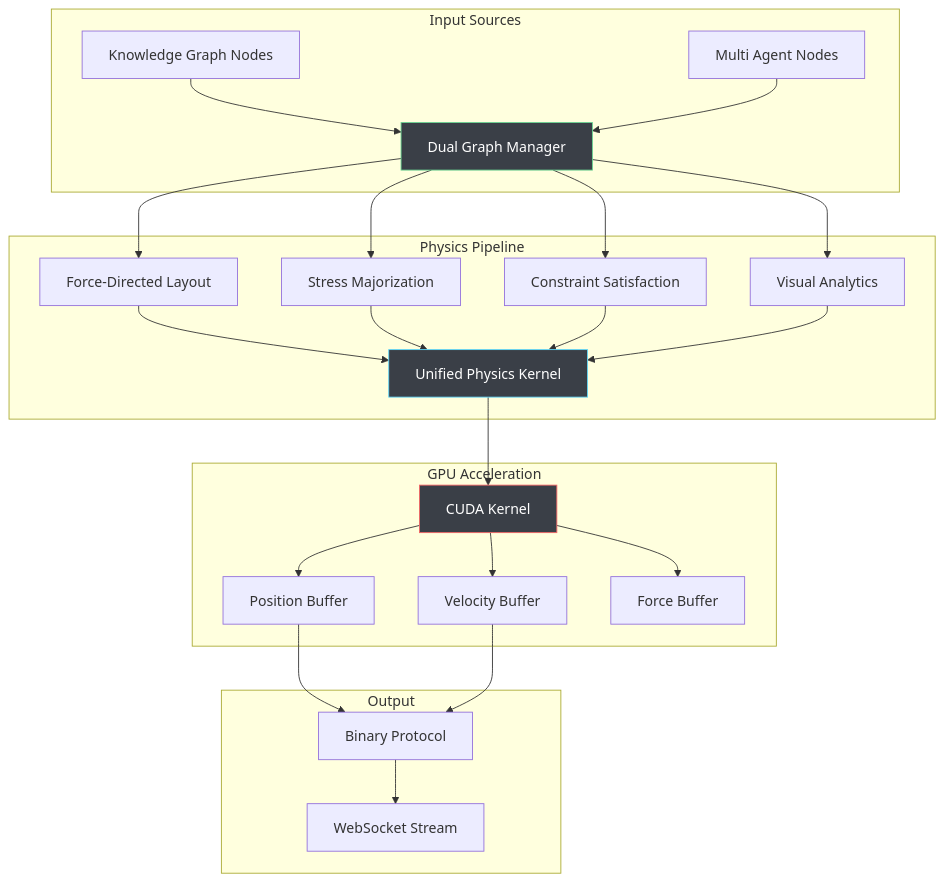
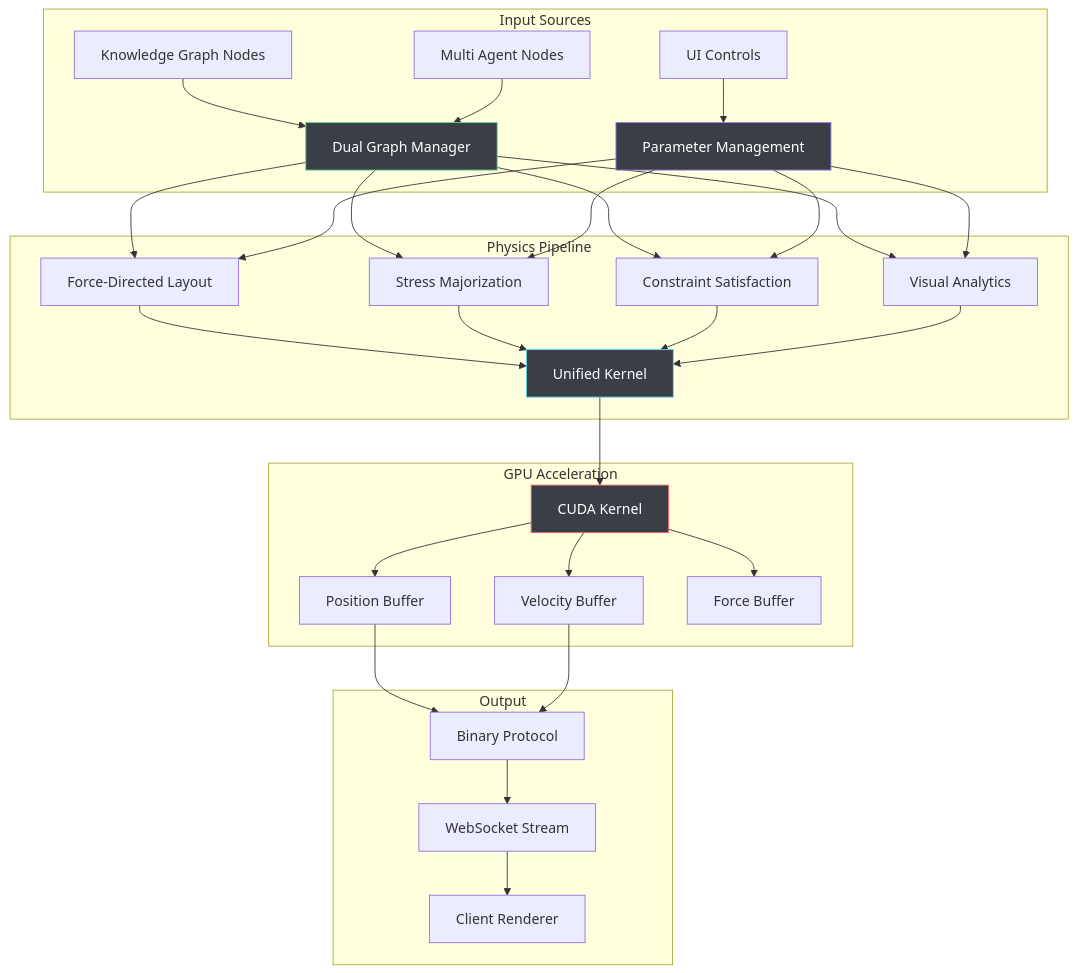
Before and after one commit to DreamLab-AI/VisionFlow: the first of 2 diagrams in docs/server/physics-engine.md, drawn with Mermaid. The commit also changed other lines of this file and 30 other files, not shown here.

````diff
--- a/docs/server/physics-engine.md
+++ b/docs/server/physics-engine.md
@@ -17,36 +29,43 @@
 ```mermaid
 graph TB
     subgraph "Input Sources"
         KG[Knowledge Graph Nodes] --> DGM[Dual Graph Manager]
         AS[Multi Agent Nodes] --> DGM
+        UI[UI Controls] --> PSA[Parameter Management]
     end
 
     subgraph "Physics Pipeline"
         DGM --> FD[Force-Directed Layout]
         DGM --> SM[Stress Majorization]
         DGM --> CS[Constraint Satisfaction]
         DGM --> VA[Visual Analytics]
+        PSA --> FD
+        PSA --> SM
+        PSA --> CS
+        PSA --> VA
 
-        FD --> UP[Unified Physics Kernel]
-        SM --> UP
-        CS --> UP
-        VA --> UP
+        FD --> UK[Unified Kernel]
+        SM --> UK
+        CS --> UK
+        VA --> UK
     end
 
     subgraph "GPU Acceleration"
-        UP --> CK[CUDA Kernel]
+        UK --> CK[CUDA Kernel]
         CK --> POS[Position Buffer]
         CK --> VEL[Velocity Buffer]
         CK --> FORCE[Force Buffer]
     end
 
     subgraph "Output"
         POS --> BIN[Binary Protocol]
         VEL --> BIN
         BIN --> WS[WebSocket Stream]
+        WS --> CLIENT[Client Renderer]
     end
 
-    style UP fill:#3A3F47,stroke:#61DAFB,color:#FFFFFF
+    style UK fill:#3A3F47,stroke:#61DAFB,color:#FFFFFF
     style CK fill:#3A3F47,stroke:#F56565,color:#FFFFFF
     style DGM fill:#3A3F47,stroke:#68D391,color:#FFFFFF
+    style PSA fill:#3A3F47,stroke:#9F7AEA,color:#FFFFFF
 ```
````
